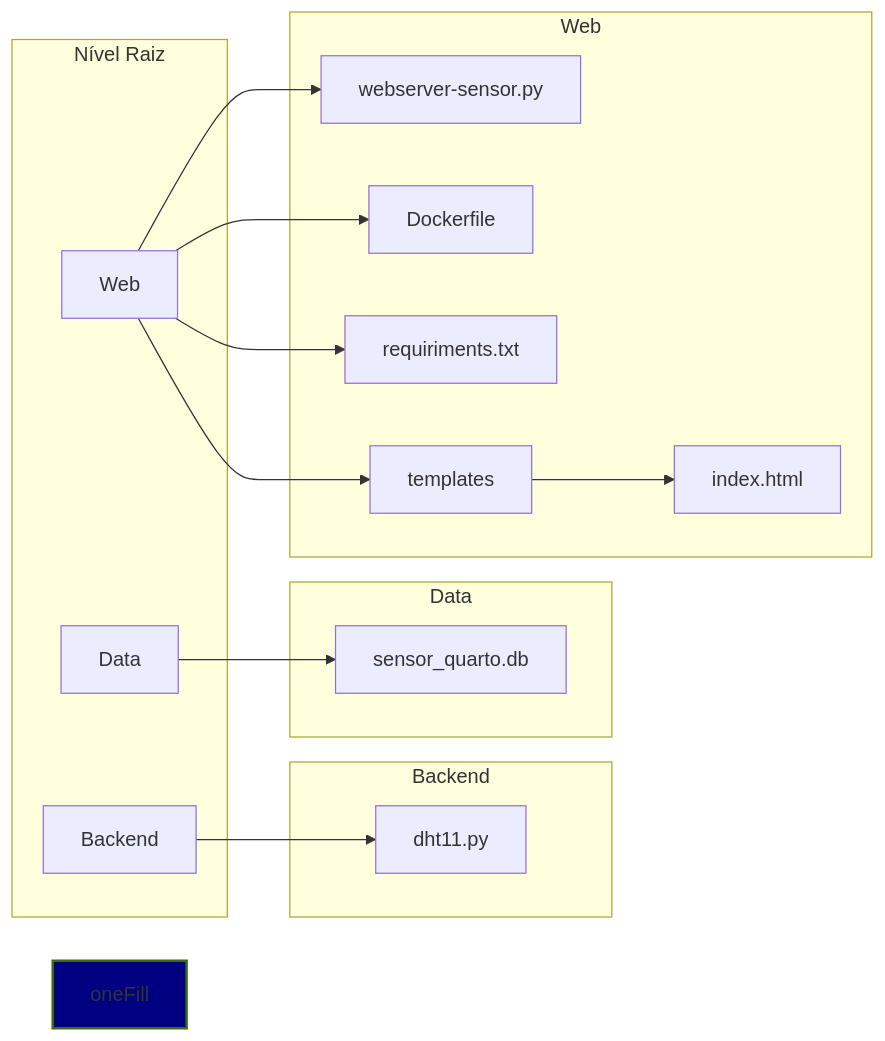
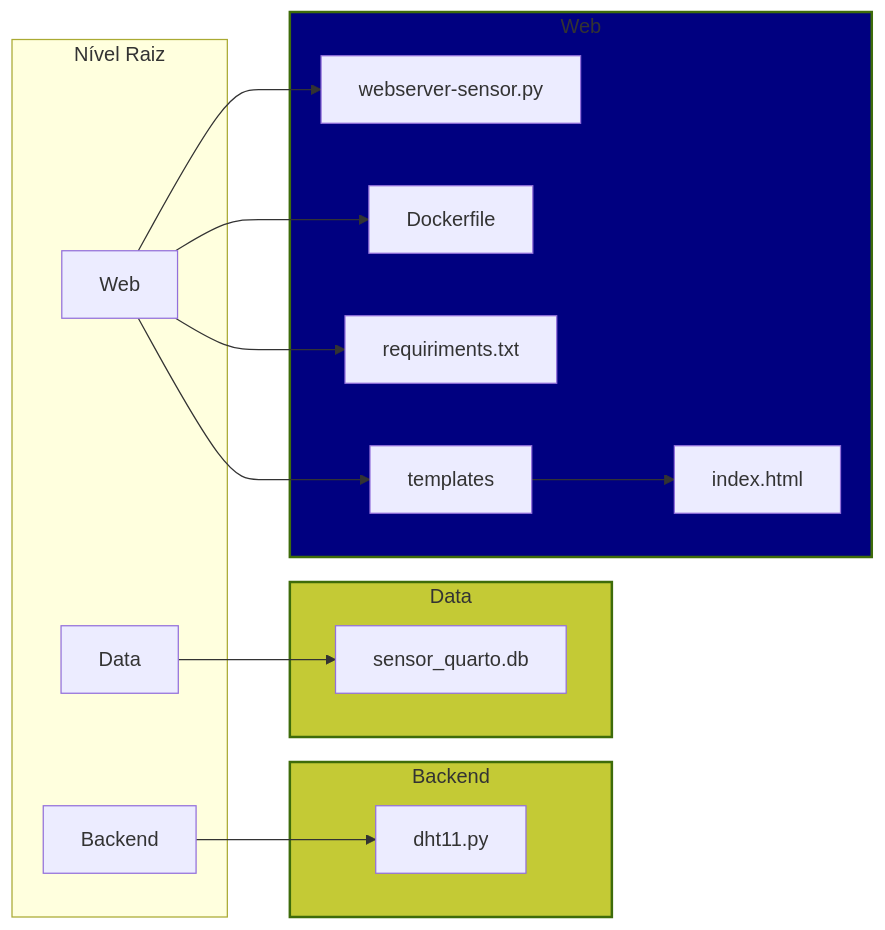
One commit to EngNunes/sensor-temp-dht11 changed the diagram in readme.md. Above: the diagram before and after it, drawn with Mermaid.

Commit message:
add colors mermaid

````diff
--- a/readme.md
+++ b/readme.md
@@ -4,36 +4,37 @@
 ```mermaid 
 graph LR
   subgraph Nível Raiz
     data[Data]
     web[Web]
     backend[Backend]
   end
 
   subgraph Backend
-    style oneFill fill:#FFFF00,stroke:#3E6C0A,stroke-width:2px
+    style Backend fill:#c4ca35,stroke:#3E6C0A,stroke-width:2px
     dht11.py[dht11.py]
   end
 
   subgraph Data
+    style Data fill:#c4ca35,stroke:#3E6C0A,stroke-width:2px
     sensor_quarto.db[sensor_quarto.db]
   end
 
   subgraph Web
-    style oneFill fill:#000080,stroke:#3E6C0A,stroke-width:2px
+    style Web fill:#000080,stroke:#3E6C0A,stroke-width:2px
     webserver-sensor.py[webserver-sensor.py]
     dockerfile[Dockerfile]
     requiriments.txt[requiriments.txt]
     templates[templates]
     index.html[index.html]
     
   end
 
 
   data --> sensor_quarto.db
   web --> webserver-sensor.py
   web --> dockerfile
   web --> requiriments.txt
   web --> templates
   backend --> dht11.py
   templates --> index.html
 ```
````
